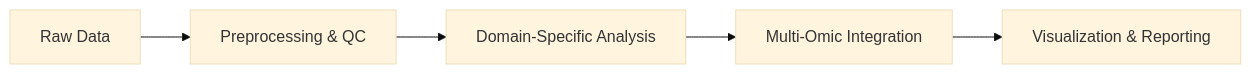
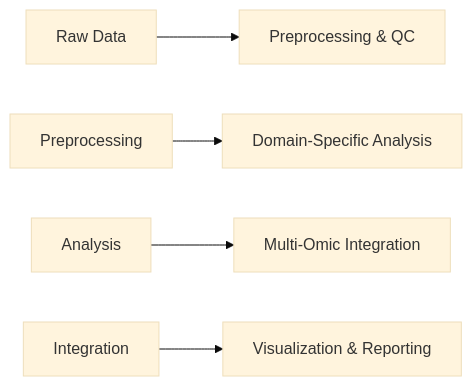
The diagram in src/metainformant/SPEC.md (docxology/MetaInformAnt), drawn with Mermaid (base theme) before and after one commit. The commit also changed 611 other files, not shown here.

````diff
--- a/src/metainformant/SPEC.md
+++ b/src/metainformant/SPEC.md
@@ -46,7 +46,7 @@
 ```mermaid
 graph LR
-    RawData[Raw Data] --> Preprocessing[Preprocessing & QC]
-    Preprocessing --> Analysis[Domain-Specific Analysis]
-    Analysis --> Integration[Multi-Omic Integration]
-    Integration --> Visualization[Visualization & Reporting]
+    RawDatarawData[Raw Data] --> Preprocessingpreprocessing&Qc[Preprocessing & QC]
+    Preprocessing --> Analysisdomain-specificAnalysis[Domain-Specific Analysis]
+    Analysis --> Integrationmulti-omicIntegration[Multi-Omic Integration]
+    Integration --> Visualizationvisualization&Reporting[Visualization & Reporting]
 ```
````
